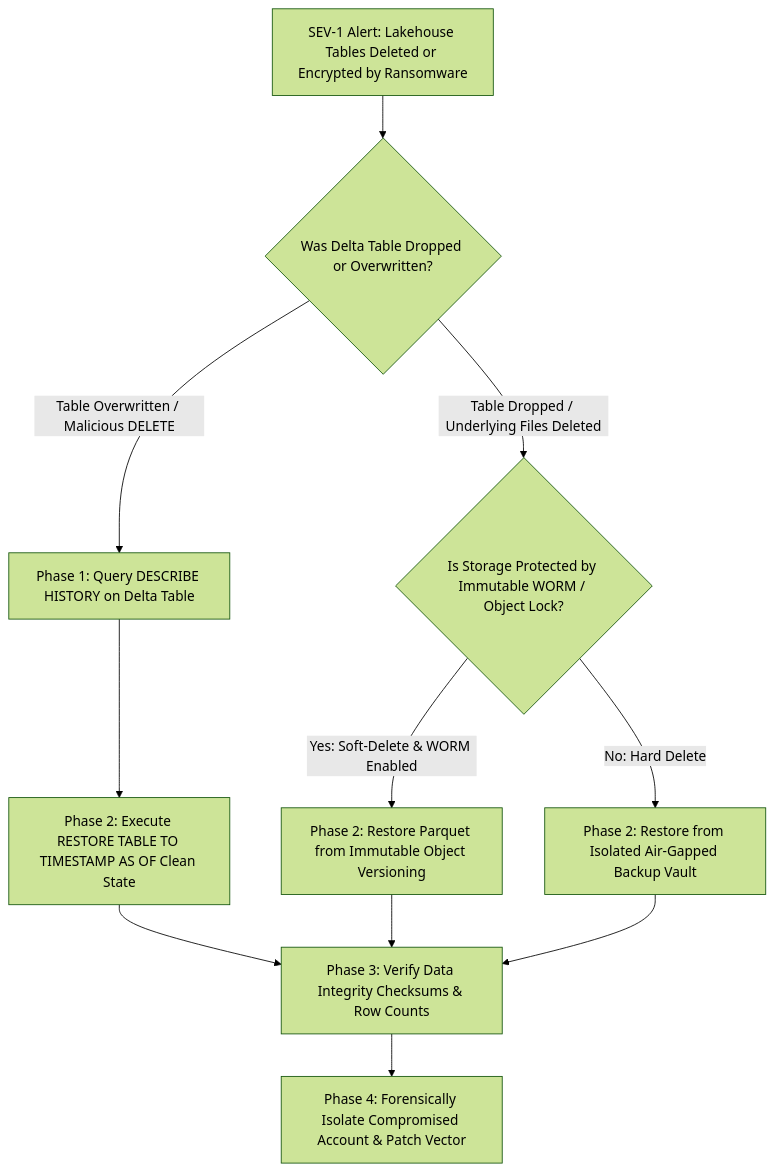
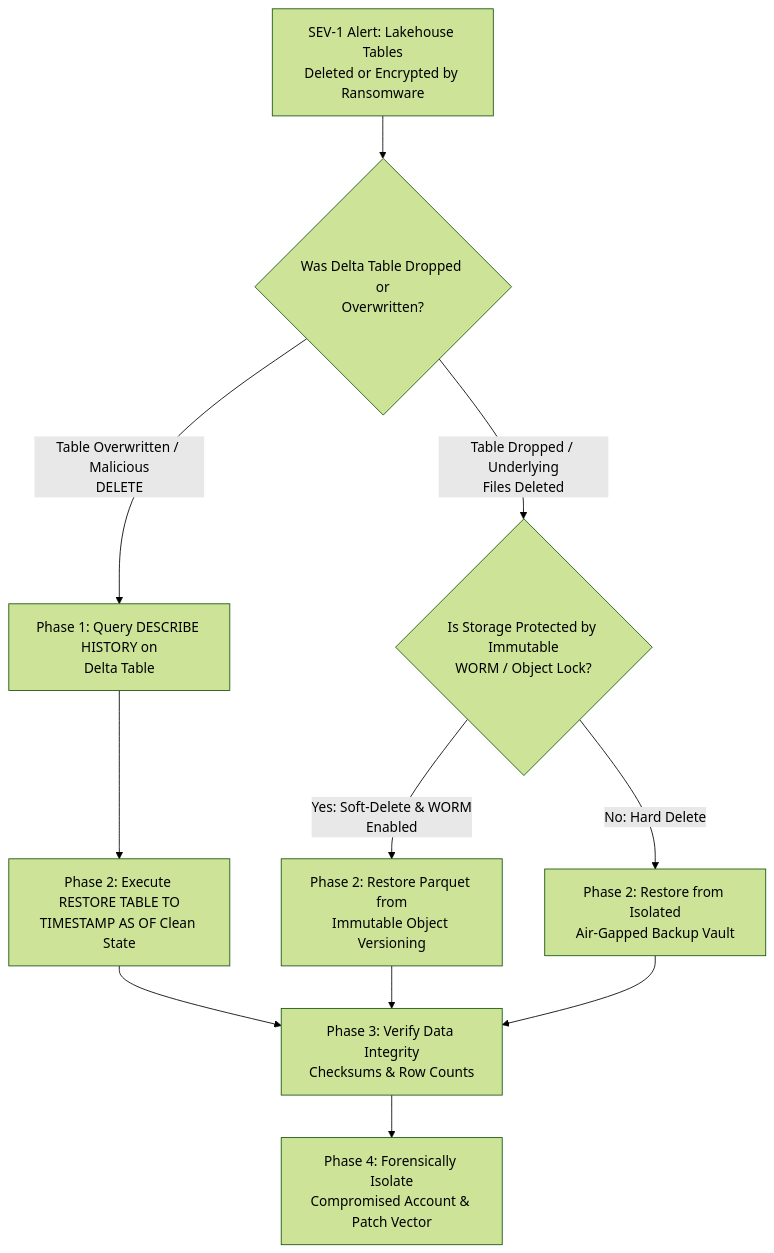
One commit to santoshjammi29/security-handbook changed the diagram in runbooks/05_ransomware_and_tampered_lakehouse_disaster_recovery.md. Above: the diagram before and after it, drawn with Mermaid (forest theme). The commit also changed 22 other files, not shown here.

Commit message:
fix(diagrams): word-wrap labels and escape comparison operators across all diagrams

````diff
--- a/runbooks/05_ransomware_and_tampered_lakehouse_disaster_recovery.md
+++ b/runbooks/05_ransomware_and_tampered_lakehouse_disaster_recovery.md
@@ -11,17 +11,17 @@
 ```mermaid
 flowchart TD
-    Alert["SEV-1 Alert: Lakehouse Tables Deleted or Encrypted by Ransomware"] --> AssessType{"Was Delta Table Dropped or Overwritten?"}
+    Alert["SEV-1 Alert: Lakehouse Tables<br/>Deleted or Encrypted by Ransomware"] --> AssessType{"Was Delta Table Dropped or<br/>Overwritten?"}
 
-    AssessType -->|Table Overwritten / Malicious DELETE| CheckHistory["Phase 1: Query DESCRIBE HISTORY on Delta Table"]
-    CheckHistory --> RestoreTT["Phase 2: Execute RESTORE TABLE TO TIMESTAMP AS OF Clean State"]
+    AssessType -->|"Table Overwritten / Malicious<br/>DELETE"| CheckHistory["Phase 1: Query DESCRIBE HISTORY on<br/>Delta Table"]
+    CheckHistory --> RestoreTT["Phase 2: Execute RESTORE TABLE TO<br/>TIMESTAMP AS OF Clean State"]
 
-    AssessType -->|Table Dropped / Underlying Files Deleted| CheckWORM{"Is Storage Protected by Immutable WORM / Object Lock?"}
-    CheckWORM -->|Yes: Soft-Delete & WORM Enabled| RecoverStorage["Phase 2: Restore Parquet from Immutable Object Versioning"]
-    CheckWORM -->|No: Hard Delete| RestoreAirgap["Phase 2: Restore from Isolated Air-Gapped Backup Vault"]
+    AssessType -->|"Table Dropped / Underlying<br/>Files Deleted"| CheckWORM{"Is Storage Protected by Immutable<br/>WORM / Object Lock?"}
+    CheckWORM -->|"Yes: Soft-Delete & WORM<br/>Enabled"| RecoverStorage["Phase 2: Restore Parquet from<br/>Immutable Object Versioning"]
+    CheckWORM -->|"No: Hard Delete"| RestoreAirgap["Phase 2: Restore from Isolated<br/>Air-Gapped Backup Vault"]
 
-    RestoreTT --> VerifyIntegrity["Phase 3: Verify Data Integrity Checksums & Row Counts"]
+    RestoreTT --> VerifyIntegrity["Phase 3: Verify Data Integrity<br/>Checksums & Row Counts"]
     RecoverStorage --> VerifyIntegrity
     RestoreAirgap --> VerifyIntegrity
 
-    VerifyIntegrity --> ForensicAudit["Phase 4: Forensically Isolate Compromised Account & Patch Vector"]
+    VerifyIntegrity --> ForensicAudit["Phase 4: Forensically Isolate<br/>Compromised Account & Patch Vector"]
 ```
````
